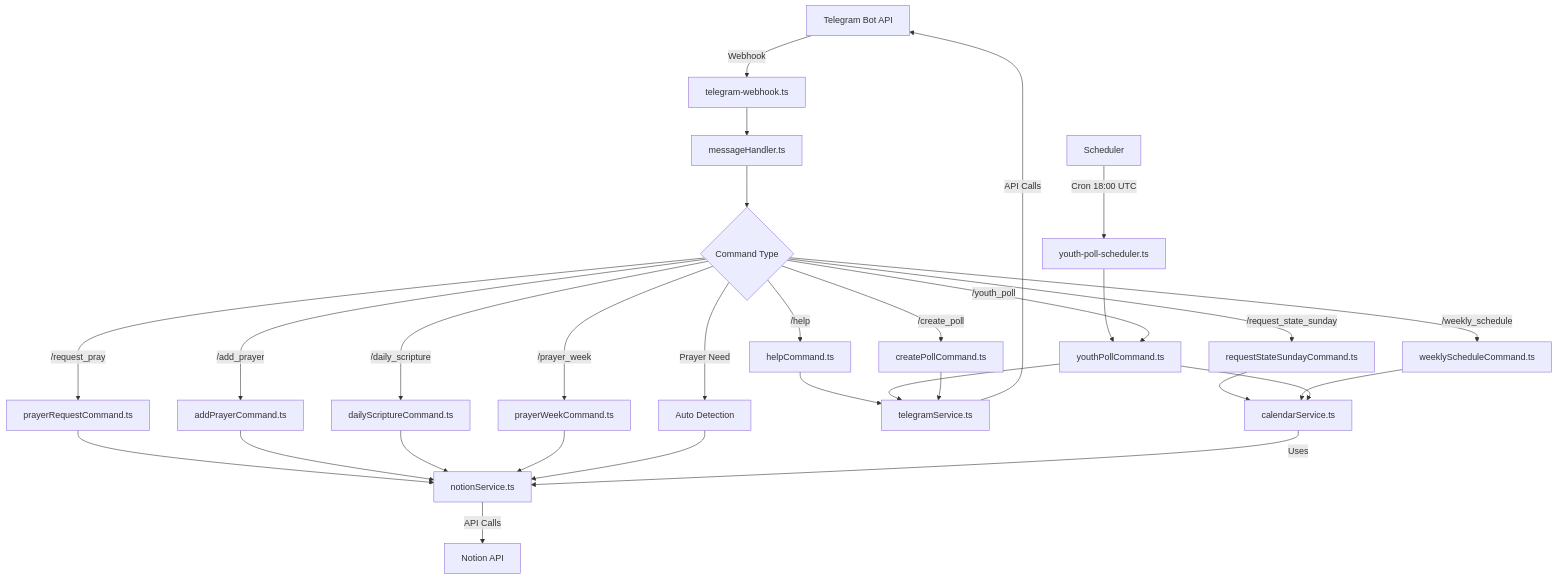
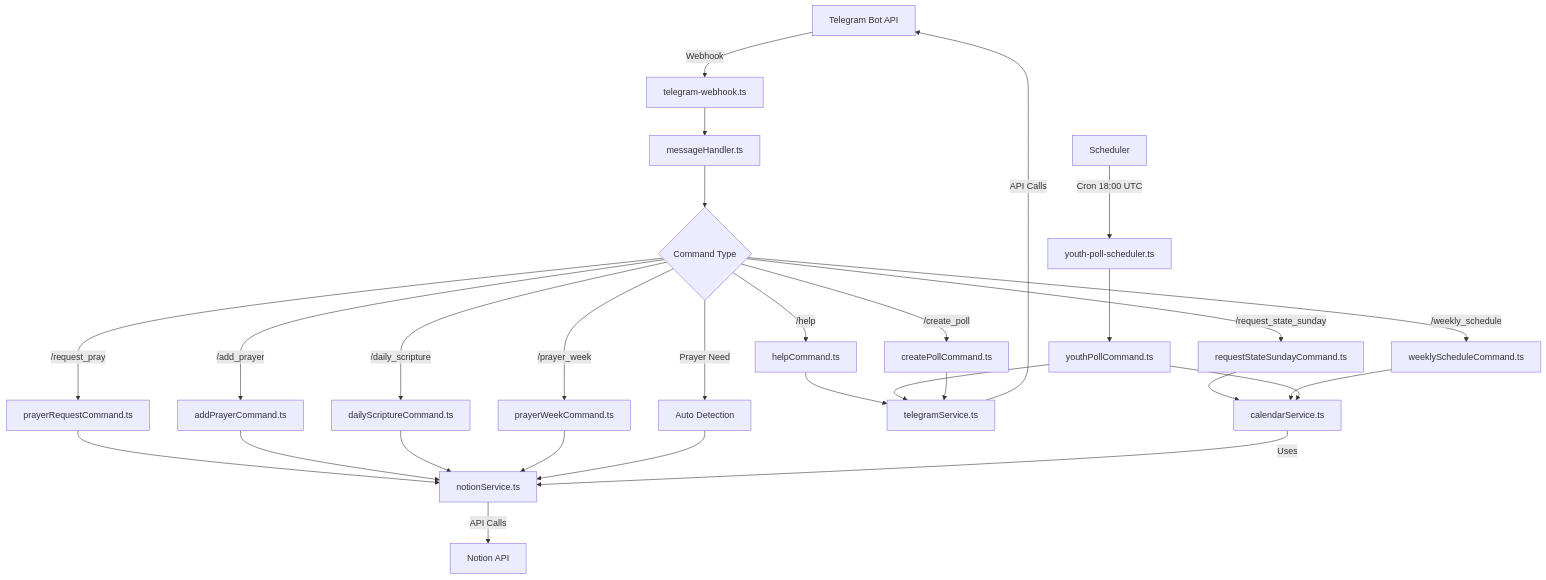
One commit to DenisArger/church-management-js changed the first of 3 diagrams in docs/diagrams.md. Above: the diagram before and after it, drawn with Mermaid. The commit also changed 6 other files, not shown here.

First line of the commit message:
feat(telegram): automate youth poll creation via scheduled function

````diff
--- a/docs/diagrams.md
+++ b/docs/diagrams.md
@@ -5,36 +5,35 @@
 ```mermaid
 flowchart TD
     A[Telegram Bot API] -->|Webhook| B[telegram-webhook.ts]
     C[Scheduler] -->|Cron 18:00 UTC| D[youth-poll-scheduler.ts]
     
     B --> E[messageHandler.ts]
     D --> F[youthPollCommand.ts]
     
     E --> G{Command Type}
     G -->|/help| H[helpCommand.ts]
     G -->|/request_pray| I[prayerRequestCommand.ts]
     G -->|/add_prayer| J[addPrayerCommand.ts]
     G -->|/daily_scripture| K[dailyScriptureCommand.ts]
     G -->|/request_state_sunday| L[requestStateSundayCommand.ts]
     G -->|/weekly_schedule| M[weeklyScheduleCommand.ts]
     G -->|/prayer_week| N[prayerWeekCommand.ts]
-    G -->|/youth_poll| F
     G -->|/create_poll| O[createPollCommand.ts]
     G -->|Prayer Need| P[Auto Detection]
     
     H --> Q[telegramService.ts]
     I --> R[notionService.ts]
     J --> R
     K --> R
     L --> S[calendarService.ts]
     M --> S
     N --> R
     F --> S
     F --> Q
     O --> Q
     P --> R
     
     Q -->|API Calls| A
     R -->|API Calls| T[Notion API]
     S -->|Uses| R
 ```
````
